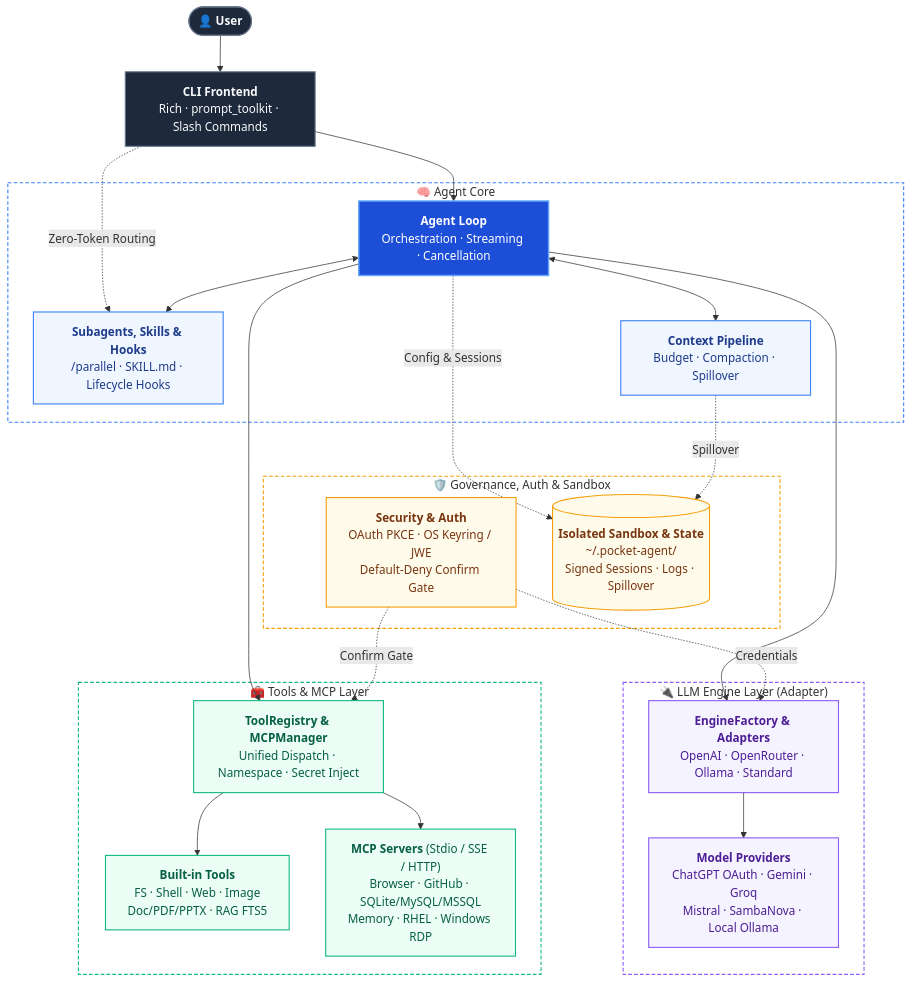
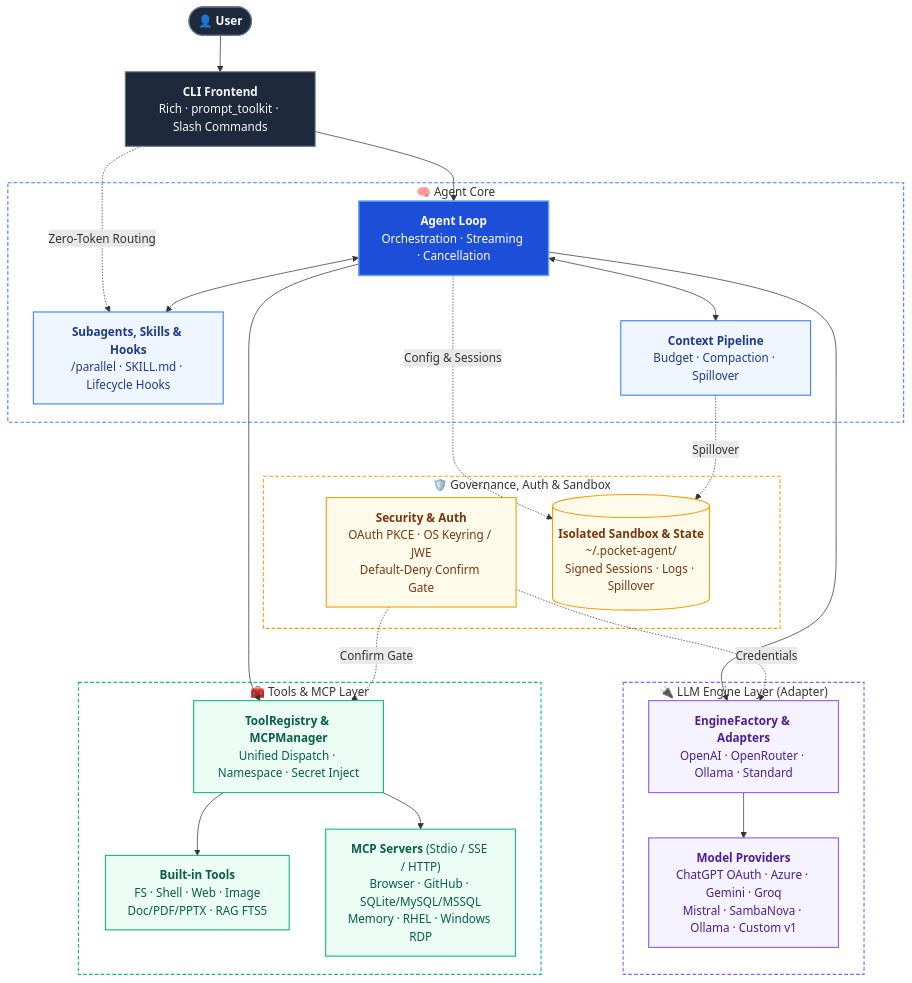
One commit to zanta0529/pocket-agent changed the diagram in README.md. Above: the diagram before and after it, drawn with Mermaid. The commit also changed other lines of this file and 10 other files, not shown here.

````diff
--- a/README.md
+++ b/README.md
@@ -227,60 +227,60 @@
 ```mermaid
 flowchart TB
     User(["👤 <b>User</b>"]) --> CLI["<b>CLI Frontend</b><br/>Rich · prompt_toolkit · Slash Commands"]
 
     CLI --> Agent
     CLI -.->|"Zero-Token Routing"| Extensions
 
     subgraph Core["🧠 Agent Core"]
         Agent["<b>Agent Loop</b><br/>Orchestration · Streaming · Cancellation"]
         Context["<b>Context Pipeline</b><br/>Budget · Compaction · Spillover"]
         Extensions["<b>Subagents, Skills & Hooks</b><br/>/parallel · SKILL.md · Lifecycle Hooks"]
         Agent <--> Context
         Agent <--> Extensions
     end
 
     subgraph Engines["🔌 LLM Engine Layer (Adapter)"]
         EngineAdapters["<b>EngineFactory & Adapters</b><br/>OpenAI · OpenRouter · Ollama · Standard"]
-        LLMProviders["<b>Model Providers</b><br/>ChatGPT OAuth · Gemini · Groq<br/>Mistral · SambaNova · Local Ollama"]
+        LLMProviders["<b>Model Providers</b><br/>ChatGPT OAuth · Azure · Gemini · Groq<br/>Mistral · SambaNova · Ollama · Custom v1"]
         EngineAdapters --> LLMProviders
     end
 
     subgraph Tools["🧰 Tools & MCP Layer"]
         ToolRegistry["<b>ToolRegistry & MCPManager</b><br/>Unified Dispatch · Namespace · Secret Inject"]
         BuiltinTools["<b>Built-in Tools</b><br/>FS · Shell · Web · Image<br/>Doc/PDF/PPTX · RAG FTS5"]
         MCPServers["<b>MCP Servers</b> (Stdio / SSE / HTTP)<br/>Browser · GitHub · SQLite/MySQL/MSSQL<br/>Memory · RHEL · Windows RDP"]
         ToolRegistry --> BuiltinTools
         ToolRegistry --> MCPServers
     end
 
     subgraph Infra["🛡️ Governance, Auth & Sandbox"]
         Security["<b>Security & Auth</b><br/>OAuth PKCE · OS Keyring / JWE<br/>Default-Deny Confirm Gate"]
         LocalState[("<b>Isolated Sandbox & State</b><br/>~/.pocket-agent/<br/>Signed Sessions · Logs · Spillover")]
     end
 
     Agent --> EngineAdapters
     Agent --> ToolRegistry
     Security -.->|"Credentials"| EngineAdapters
     Security -.->|"Confirm Gate"| ToolRegistry
     Agent -.->|"Config & Sessions"| LocalState
     Context -.->|"Spillover"| LocalState
 
     classDef entry fill:#1e293b,stroke:#64748b,stroke-width:1.5px,color:#f8fafc
     classDef hero fill:#1d4ed8,stroke:#60a5fa,stroke-width:2px,color:#ffffff
     classDef coreSub fill:#eff6ff,stroke:#3b82f6,stroke-width:1.5px,color:#1e3a8a
     classDef engine fill:#f5f3ff,stroke:#8b5cf6,stroke-width:1.5px,color:#4c1d95
     classDef tool fill:#ecfdf5,stroke:#10b981,stroke-width:1.5px,color:#065f46
     classDef infra fill:#fffbeb,stroke:#f59e0b,stroke-width:1.5px,color:#78350f
 
     class User,CLI entry
     class Agent hero
     class Context,Extensions coreSub
     class EngineAdapters,LLMProviders engine
     class ToolRegistry,BuiltinTools,MCPServers tool
     class Security,LocalState infra
 
     style Core fill:transparent,stroke:#3b82f6,stroke-width:1.5px,stroke-dasharray:5 3
     style Engines fill:transparent,stroke:#8b5cf6,stroke-width:1.5px,stroke-dasharray:5 3
     style Tools fill:transparent,stroke:#10b981,stroke-width:1.5px,stroke-dasharray:5 3
     style Infra fill:transparent,stroke:#f59e0b,stroke-width:1.5px,stroke-dasharray:5 3
 ```
````
